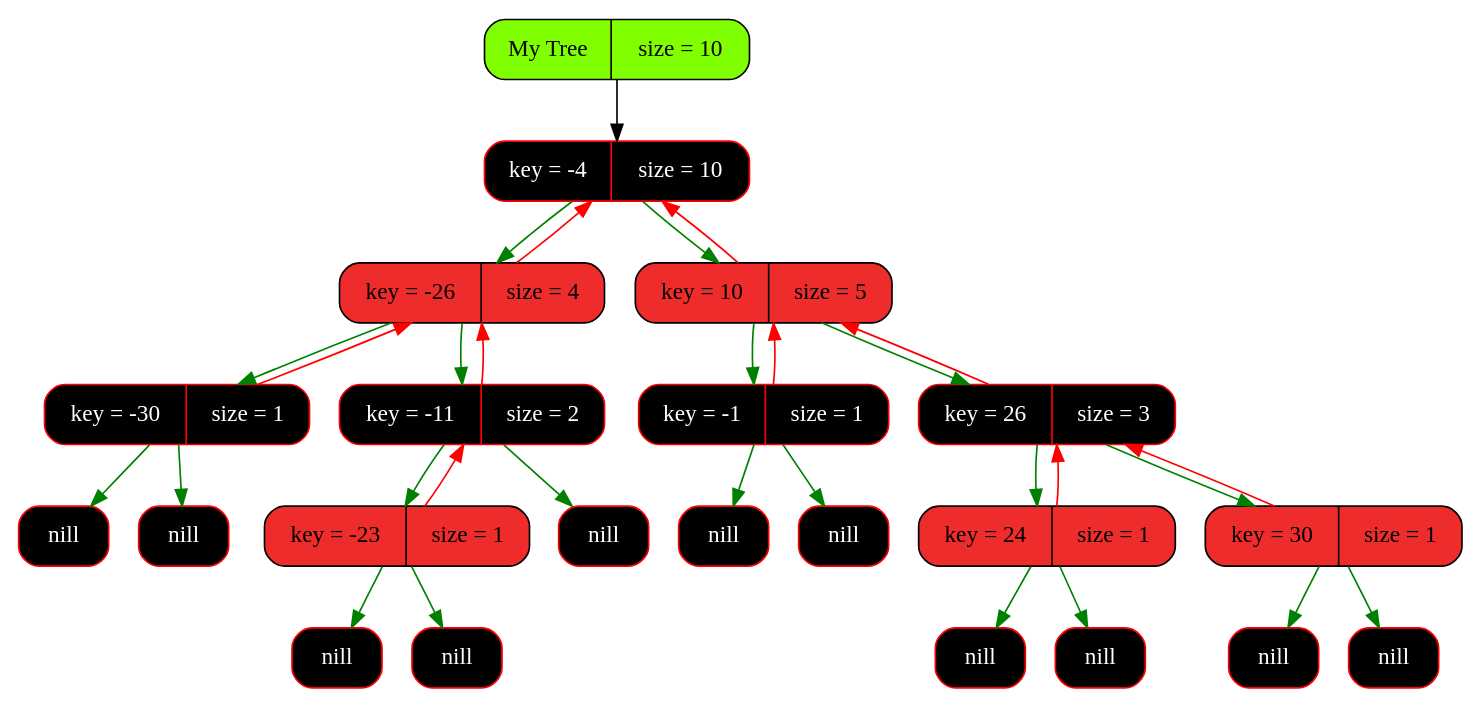
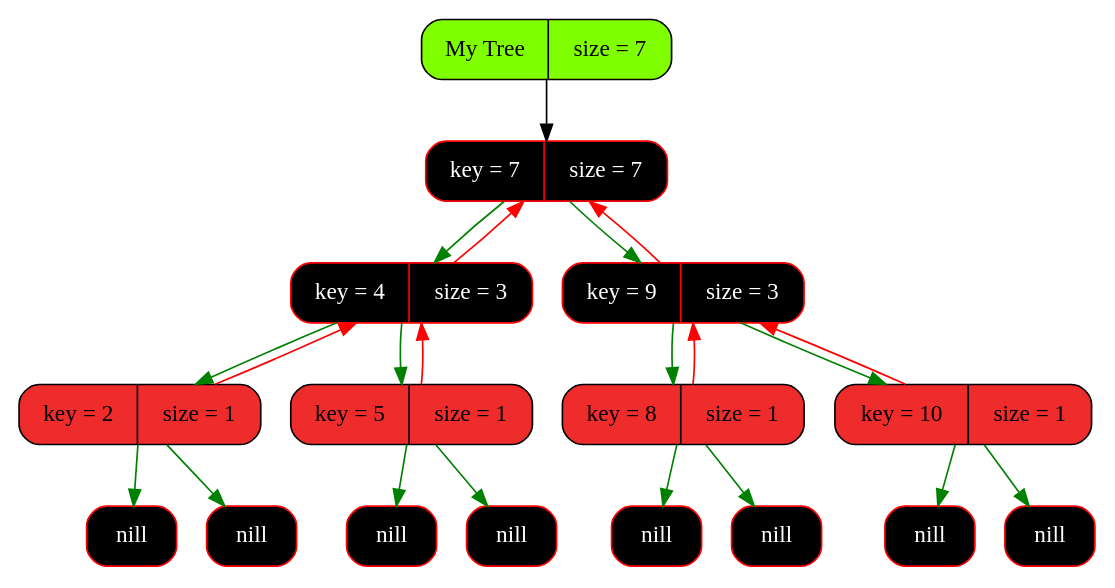
The diagram in graphics/graph.dot (Pelmeshka127/RedBlackTree), drawn with Graphviz before and after one commit. The commit also changed 7 other files, not shown here.

```diff
--- a/graphics/graph.dot
+++ b/graphics/graph.dot
@@ -1,58 +1,43 @@
 digraph Tree
 {
    rankdir = HR;
    node[fontsize=14];
    edge[color="black",fontcolor="blue",fontsize=12];
-   tree[shape = Mrecord, style = filled, fillcolor = "chartreuse1", label = "My Tree | size = 10"];
-   "0x12be06830"[shape = Mrecord, color = "red", style = filled, fontcolor = "white", fillcolor = "black",   label = " key = -4 | size = 10"];
-  "0x12be06830" -> "0x12be069c0" [color = "green"];
-  "0x12be069c0" -> "0x12be06830" [color = "red"];
-  "0x12be06830" -> "0x12be06890" [color = "green"];
-  "0x12be06890" -> "0x12be06830" [color = "red"];
-   "0x12be069c0"[shape = Mrecord, color = "black", style = filled, fontcolor = "black", fillcolor = "firebrick2",   label = " key = -26 | size = 4"];
-  "0x12be069c0" -> "0x12be06970" [color = "green"];
-  "0x12be06970" -> "0x12be069c0" [color = "red"];
-  "0x12be069c0" -> "0x12be06940" [color = "green"];
-  "0x12be06940" -> "0x12be069c0" [color = "red"];
-   "0x12be06970"[shape = Mrecord, color = "red", style = filled, fontcolor = "white", fillcolor = "black",   label = " key = -30 | size = 1"];
-   "0x12be06970left"[shape = Mrecord, color = "red", style = filled, fontcolor = "white", fillcolor = "black",   label = " <value> nill"];
-  "0x12be06970" -> "0x12be06970left" [color = "green"];
-   "0x12be06970right"[shape = Mrecord, color = "red", style = filled, fontcolor = "white", fillcolor = "black",   label = " <value> nill"];
-  "0x12be06970" -> "0x12be06970right" [color = "green"];
-   "0x12be06940"[shape = Mrecord, color = "red", style = filled, fontcolor = "white", fillcolor = "black",   label = " key = -11 | size = 2"];
-  "0x12be06940" -> "0x12be06a60" [color = "green"];
-  "0x12be06a60" -> "0x12be06940" [color = "red"];
-   "0x12be06940right"[shape = Mrecord, color = "red", style = filled, fontcolor = "white", fillcolor = "black",   label = " <value> nill"];
-  "0x12be06940" -> "0x12be06940right" [color = "green"];
-   "0x12be06a60"[shape = Mrecord, color = "black", style = filled, fontcolor = "black", fillcolor = "firebrick2",   label = " key = -23 | size = 1"];
-   "0x12be06a60left"[shape = Mrecord, color = "red", style = filled, fontcolor = "white", fillcolor = "black",   label = " <value> nill"];
-  "0x12be06a60" -> "0x12be06a60left" [color = "green"];
-   "0x12be06a60right"[shape = Mrecord, color = "red", style = filled, fontcolor = "white", fillcolor = "black",   label = " <value> nill"];
-  "0x12be06a60" -> "0x12be06a60right" [color = "green"];
-   "0x12be06890"[shape = Mrecord, color = "black", style = filled, fontcolor = "black", fillcolor = "firebrick2",   label = " key = 10 | size = 5"];
-  "0x12be06890" -> "0x12be06900" [color = "green"];
-  "0x12be06900" -> "0x12be06890" [color = "red"];
-  "0x12be06890" -> "0x12be068c0" [color = "green"];
-  "0x12be068c0" -> "0x12be06890" [color = "red"];
-   "0x12be06900"[shape = Mrecord, color = "red", style = filled, fontcolor = "white", fillcolor = "black",   label = " key = -1 | size = 1"];
-   "0x12be06900left"[shape = Mrecord, color = "red", style = filled, fontcolor = "white", fillcolor = "black",   label = " <value> nill"];
-  "0x12be06900" -> "0x12be06900left" [color = "green"];
-   "0x12be06900right"[shape = Mrecord, color = "red", style = filled, fontcolor = "white", fillcolor = "black",   label = " <value> nill"];
-  "0x12be06900" -> "0x12be06900right" [color = "green"];
-   "0x12be068c0"[shape = Mrecord, color = "red", style = filled, fontcolor = "white", fillcolor = "black",   label = " key = 26 | size = 3"];
-  "0x12be068c0" -> "0x12be06a30" [color = "green"];
-  "0x12be06a30" -> "0x12be068c0" [color = "red"];
-  "0x12be068c0" -> "0x12be06860" [color = "green"];
-  "0x12be06860" -> "0x12be068c0" [color = "red"];
-   "0x12be06a30"[shape = Mrecord, color = "black", style = filled, fontcolor = "black", fillcolor = "firebrick2",   label = " key = 24 | size = 1"];
-   "0x12be06a30left"[shape = Mrecord, color = "red", style = filled, fontcolor = "white", fillcolor = "black",   label = " <value> nill"];
-  "0x12be06a30" -> "0x12be06a30left" [color = "green"];
-   "0x12be06a30right"[shape = Mrecord, color = "red", style = filled, fontcolor = "white", fillcolor = "black",   label = " <value> nill"];
-  "0x12be06a30" -> "0x12be06a30right" [color = "green"];
-   "0x12be06860"[shape = Mrecord, color = "black", style = filled, fontcolor = "black", fillcolor = "firebrick2",   label = " key = 30 | size = 1"];
-   "0x12be06860left"[shape = Mrecord, color = "red", style = filled, fontcolor = "white", fillcolor = "black",   label = " <value> nill"];
-  "0x12be06860" -> "0x12be06860left" [color = "green"];
-   "0x12be06860right"[shape = Mrecord, color = "red", style = filled, fontcolor = "white", fillcolor = "black",   label = " <value> nill"];
-  "0x12be06860" -> "0x12be06860right" [color = "green"];
-   tree -> "0x12be06830" [color = "gray0"];
+   tree[shape = Mrecord, style = filled, fillcolor = "chartreuse1", label = "My Tree | size = 7"];
+   "0x13c704100"[shape = Mrecord, color = "red", style = filled, fontcolor = "white", fillcolor = "black",   label = " key = 7 | size = 7"];
+  "0x13c704100" -> "0x13c704180" [color = "green"];
+  "0x13c704180" -> "0x13c704100" [color = "red"];
+  "0x13c704100" -> "0x13c704080" [color = "green"];
+  "0x13c704080" -> "0x13c704100" [color = "red"];
+   "0x13c704180"[shape = Mrecord, color = "red", style = filled, fontcolor = "white", fillcolor = "black",   label = " key = 4 | size = 3"];
+  "0x13c704180" -> "0x13c7041b0" [color = "green"];
+  "0x13c7041b0" -> "0x13c704180" [color = "red"];
+  "0x13c704180" -> "0x13c7040d0" [color = "green"];
+  "0x13c7040d0" -> "0x13c704180" [color = "red"];
+   "0x13c7041b0"[shape = Mrecord, color = "black", style = filled, fontcolor = "black", fillcolor = "firebrick2",   label = " key = 2 | size = 1"];
+   "0x13c7041b0left"[shape = Mrecord, color = "red", style = filled, fontcolor = "white", fillcolor = "black",   label = " <value> nill"];
+  "0x13c7041b0" -> "0x13c7041b0left" [color = "green"];
+   "0x13c7041b0right"[shape = Mrecord, color = "red", style = filled, fontcolor = "white", fillcolor = "black",   label = " <value> nill"];
+  "0x13c7041b0" -> "0x13c7041b0right" [color = "green"];
+   "0x13c7040d0"[shape = Mrecord, color = "black", style = filled, fontcolor = "black", fillcolor = "firebrick2",   label = " key = 5 | size = 1"];
+   "0x13c7040d0left"[shape = Mrecord, color = "red", style = filled, fontcolor = "white", fillcolor = "black",   label = " <value> nill"];
+  "0x13c7040d0" -> "0x13c7040d0left" [color = "green"];
+   "0x13c7040d0right"[shape = Mrecord, color = "red", style = filled, fontcolor = "white", fillcolor = "black",   label = " <value> nill"];
+  "0x13c7040d0" -> "0x13c7040d0right" [color = "green"];
+   "0x13c704080"[shape = Mrecord, color = "red", style = filled, fontcolor = "white", fillcolor = "black",   label = " key = 9 | size = 3"];
+  "0x13c704080" -> "0x13c7041e0" [color = "green"];
+  "0x13c7041e0" -> "0x13c704080" [color = "red"];
+  "0x13c704080" -> "0x13c704130" [color = "green"];
+  "0x13c704130" -> "0x13c704080" [color = "red"];
+   "0x13c7041e0"[shape = Mrecord, color = "black", style = filled, fontcolor = "black", fillcolor = "firebrick2",   label = " key = 8 | size = 1"];
+   "0x13c7041e0left"[shape = Mrecord, color = "red", style = filled, fontcolor = "white", fillcolor = "black",   label = " <value> nill"];
+  "0x13c7041e0" -> "0x13c7041e0left" [color = "green"];
+   "0x13c7041e0right"[shape = Mrecord, color = "red", style = filled, fontcolor = "white", fillcolor = "black",   label = " <value> nill"];
+  "0x13c7041e0" -> "0x13c7041e0right" [color = "green"];
+   "0x13c704130"[shape = Mrecord, color = "black", style = filled, fontcolor = "black", fillcolor = "firebrick2",   label = " key = 10 | size = 1"];
+   "0x13c704130left"[shape = Mrecord, color = "red", style = filled, fontcolor = "white", fillcolor = "black",   label = " <value> nill"];
+  "0x13c704130" -> "0x13c704130left" [color = "green"];
+   "0x13c704130right"[shape = Mrecord, color = "red", style = filled, fontcolor = "white", fillcolor = "black",   label = " <value> nill"];
+  "0x13c704130" -> "0x13c704130right" [color = "green"];
+   tree -> "0x13c704100" [color = "gray0"];
 }
```
